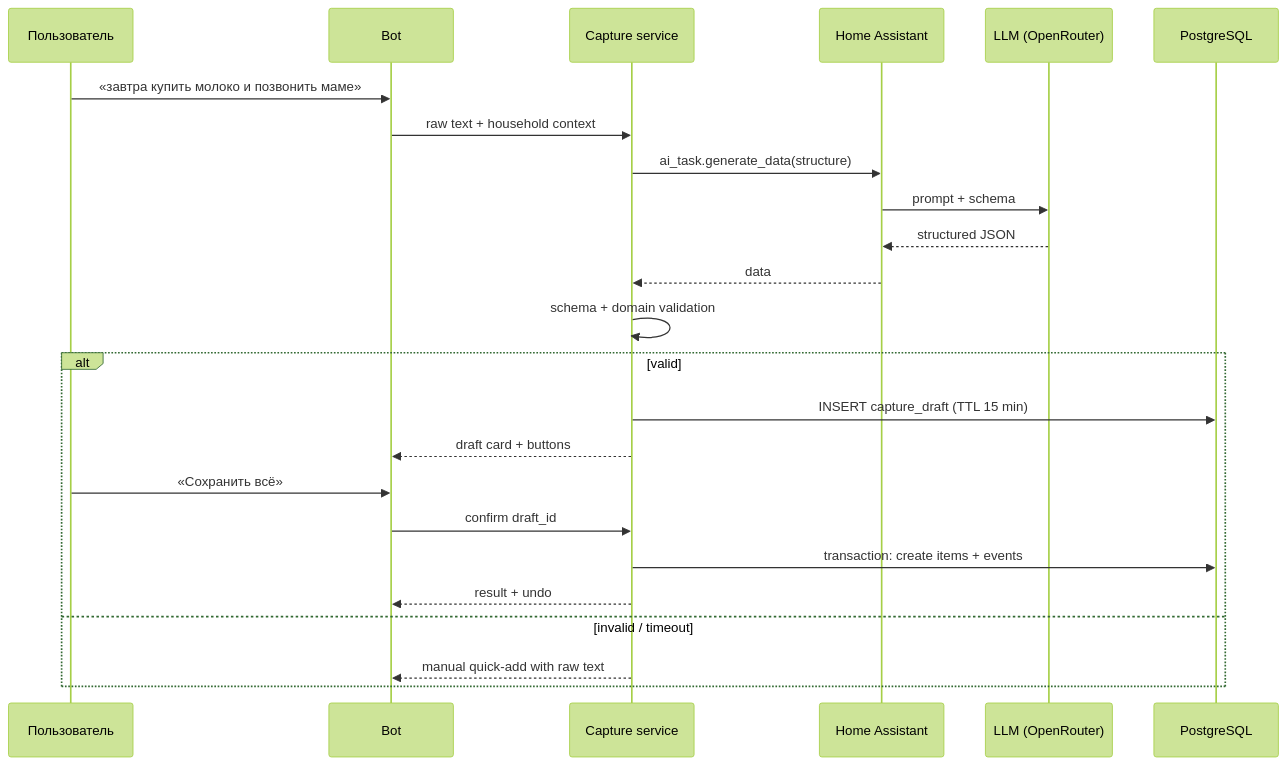
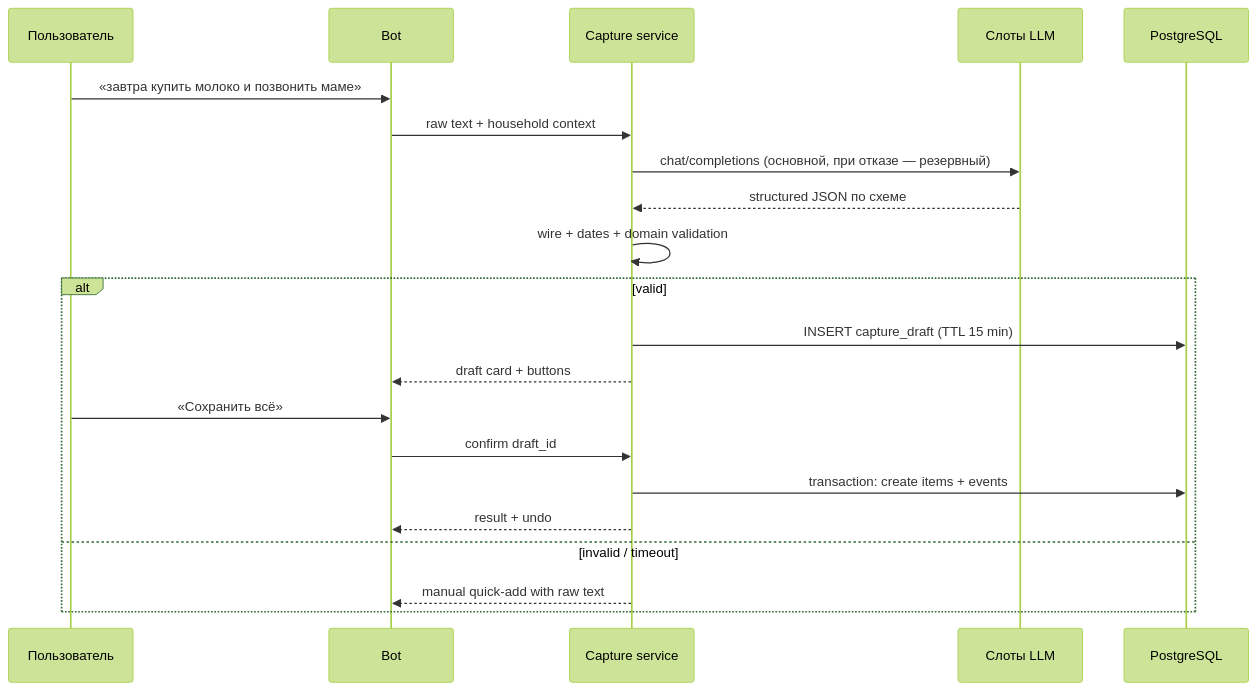
Before and after one commit to StellaLupus/tasklerq: the third of 7 diagrams in docs/architecture.md, drawn with Mermaid (forest theme). The commit also changed other lines of this file and 9 other files, not shown here.

````diff
--- a/docs/architecture.md
+++ b/docs/architecture.md
@@ -110,27 +111,24 @@
 ```mermaid
 sequenceDiagram
     participant U as Пользователь
     participant B as Bot
     participant C as Capture service
-    participant HA as Home Assistant
-    participant LLM as LLM (OpenRouter)
+    participant L as Слоты LLM
     participant DB as PostgreSQL
 
     U->>B: «завтра купить молоко и позвонить маме»
     B->>C: raw text + household context
-    C->>HA: ai_task.generate_data(structure)
-    HA->>LLM: prompt + schema
-    LLM-->>HA: structured JSON
-    HA-->>C: data
-    C->>C: schema + domain validation
+    C->>L: chat/completions (основной, при отказе — резервный)
+    L-->>C: structured JSON по схеме
+    C->>C: wire + dates + domain validation
     alt valid
         C->>DB: INSERT capture_draft (TTL 15 min)
         C-->>B: draft card + buttons
         U->>B: «Сохранить всё»
         B->>C: confirm draft_id
         C->>DB: transaction: create items + events
         C-->>B: result + undo
     else invalid / timeout
         C-->>B: manual quick-add with raw text
     end
 ```
````
